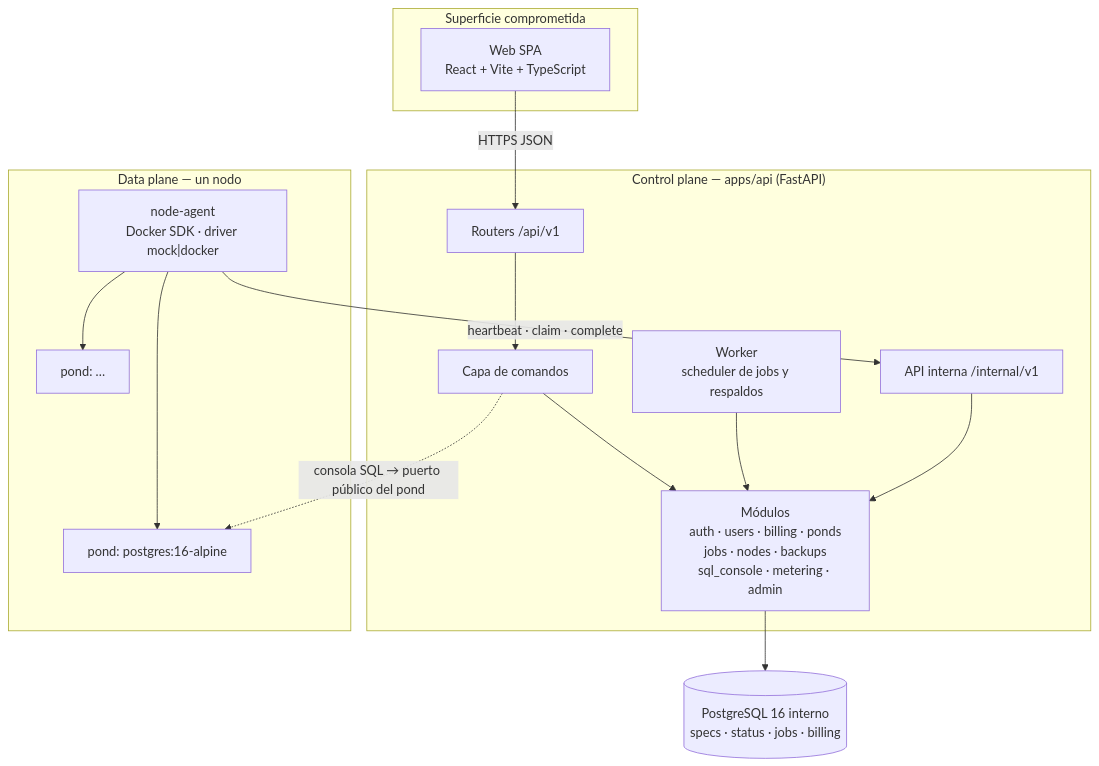
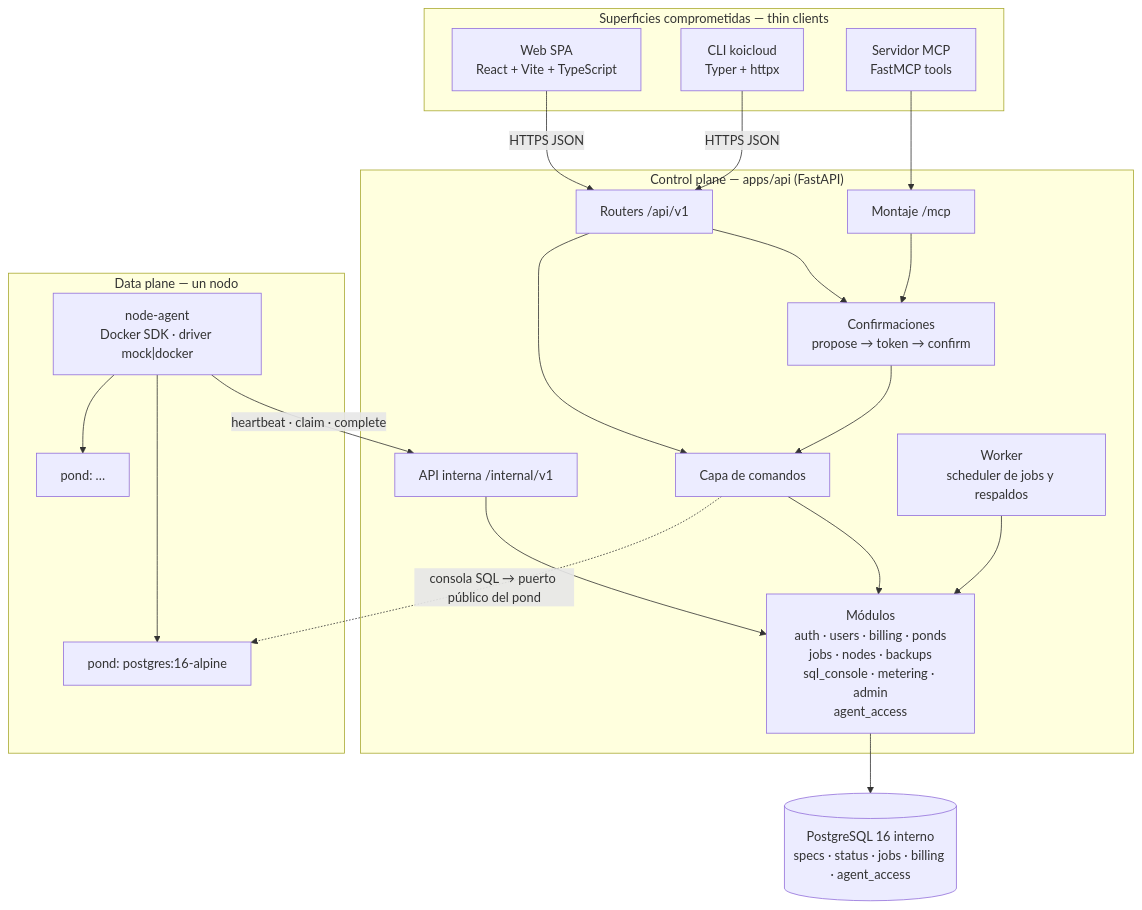
The diagram in diagramas/01-arquitectura-componentes.mmd (carloshugoeg/koicloud-entrega-2), drawn with Mermaid before and after one commit. The commit also changed 26 other files, not shown here.

First line of the commit message:
Amend Entrega 2 scope: Web + CLI + MCP thin clients

```diff
--- a/diagramas/01-arquitectura-componentes.mmd
+++ b/diagramas/01-arquitectura-componentes.mmd
@@ -1,33 +1,40 @@
 flowchart TB
-    subgraph Clientes["Superficie comprometida"]
+    subgraph Clientes["Superficies comprometidas — thin clients"]
         WEB["Web SPA<br/>React + Vite + TypeScript"]
+        CLI["CLI koicloud<br/>Typer + httpx"]
+        MCP["Servidor MCP<br/>FastMCP tools"]
     end
 
     subgraph CP["Control plane — apps/api (FastAPI)"]
         API["Routers /api/v1"]
+        MCPE["Montaje /mcp"]
+        CONF["Confirmaciones<br/>propose → token → confirm"]
         CMD["Capa de comandos"]
-        MODS["Módulos<br/>auth · users · billing · ponds<br/>jobs · nodes · backups<br/>sql_console · metering · admin"]
+        MODS["Módulos<br/>auth · users · billing · ponds<br/>jobs · nodes · backups<br/>sql_console · metering · admin<br/>agent_access"]
         INT["API interna /internal/v1"]
         WRK["Worker<br/>scheduler de jobs y respaldos"]
     end
 
-    DB[("PostgreSQL 16 interno<br/>specs · status · jobs · billing")]
+    DB[("PostgreSQL 16 interno<br/>specs · status · jobs · billing · agent_access")]
 
     subgraph DP["Data plane — un nodo"]
         NA["node-agent<br/>Docker SDK · driver mock|docker"]
         P1["pond: postgres:16-alpine"]
         P2["pond: …"]
     end
 
     WEB -->|HTTPS JSON| API
+    CLI -->|HTTPS JSON| API
+    MCP --> MCPE
+    MCPE --> CONF
+    API --> CONF
+    CONF --> CMD
     API --> CMD
     CMD --> MODS
     MODS --> DB
     WRK --> MODS
     INT --> MODS
     NA -->|"heartbeat · claim · complete"| INT
     NA --> P1
     NA --> P2
     CMD -.->|"consola SQL → puerto público del pond"| P1
-
-    classDef out fill:#f5f5f5,stroke:#999,color:#666
```
